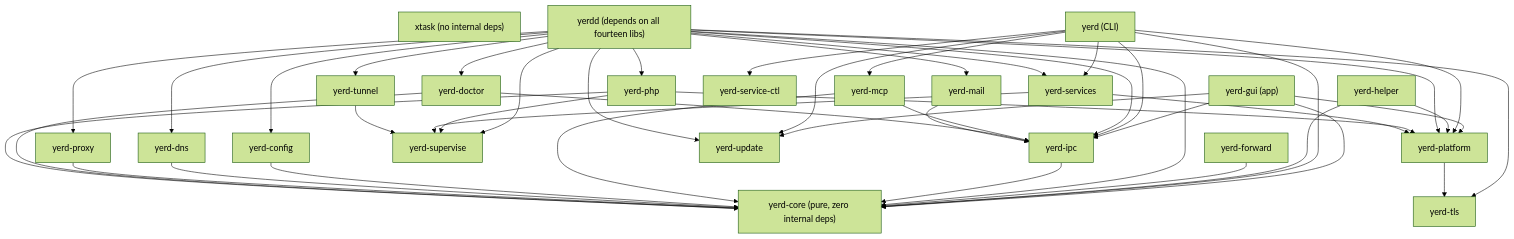
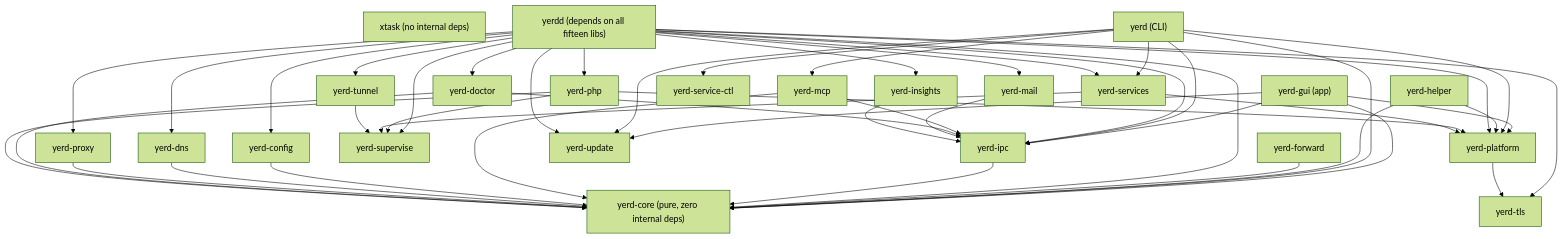
One commit to forjedio/yerd changed the diagram in docs/developer/crates.md. Above: the diagram before and after it, drawn with Mermaid (forest theme). The commit also changed other lines of this file and 139 other files, not shown here.

````diff
--- a/docs/developer/crates.md
+++ b/docs/developer/crates.md
@@ -90,76 +91,79 @@
 ```mermaid
 flowchart TD
     gui["yerd-gui (app)"]
     xtask["xtask (no internal deps)"]
     yerd["yerd (CLI)"]
-    yerdd["yerdd (depends on all fourteen libs)"]
+    yerdd["yerdd (depends on all fifteen libs)"]
     helper["yerd-helper"]
     forward["yerd-forward"]
 
     ipc["yerd-ipc"]
     config["yerd-config"]
     dns["yerd-dns"]
     proxy["yerd-proxy"]
     php["yerd-php"]
     services["yerd-services"]
     supervise["yerd-supervise"]
     doctor["yerd-doctor"]
     tls["yerd-tls"]
     platform["yerd-platform"]
     mail["yerd-mail"]
+    insights["yerd-insights"]
     mcp["yerd-mcp"]
     tunnel["yerd-tunnel"]
     update["yerd-update"]
     servicectl["yerd-service-ctl"]
     core["yerd-core (pure, zero internal deps)"]
 
     gui --> core
     gui --> ipc
     gui --> platform
     gui --> update
 
     yerd --> core
     yerd --> ipc
     yerd --> platform
     yerd --> update
     yerd --> servicectl
     yerd --> mcp
     yerd --> services
 
     helper --> core
     helper --> platform
 
     forward --> core
 
     yerdd --> core
     yerdd --> config
     yerdd --> ipc
     yerdd --> tls
     yerdd --> platform
     yerdd --> dns
     yerdd --> php
     yerdd --> services
     yerdd --> supervise
     yerdd --> proxy
     yerdd --> doctor
     yerdd --> mail
+    yerdd --> insights
     yerdd --> tunnel
     yerdd --> update
 
     ipc --> core
     mcp --> ipc
     mcp --> core
     config --> core
     dns --> core
     proxy --> core
     doctor --> core
     doctor --> ipc
     mail --> ipc
+    insights --> ipc
     php --> core
     php --> platform
     php --> supervise
     services --> platform
     services --> supervise
     tunnel --> supervise
     platform --> tls
 ```
````
